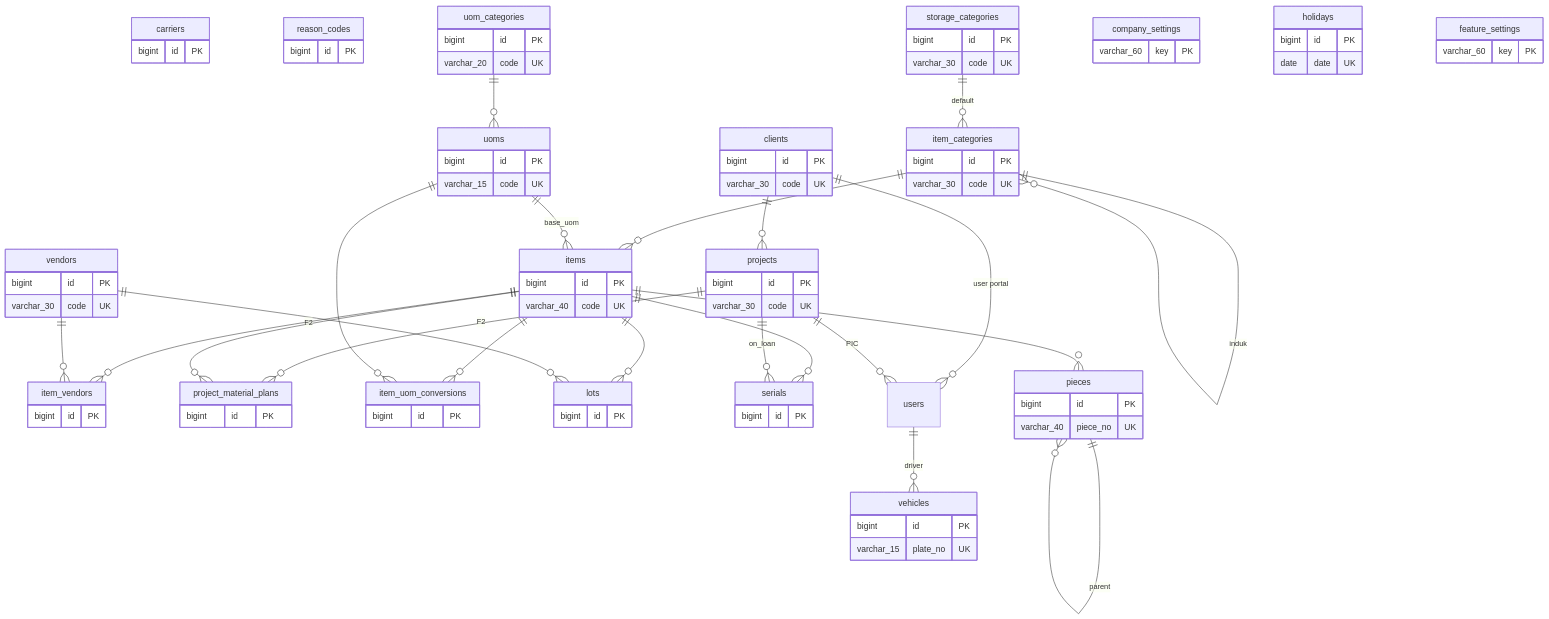
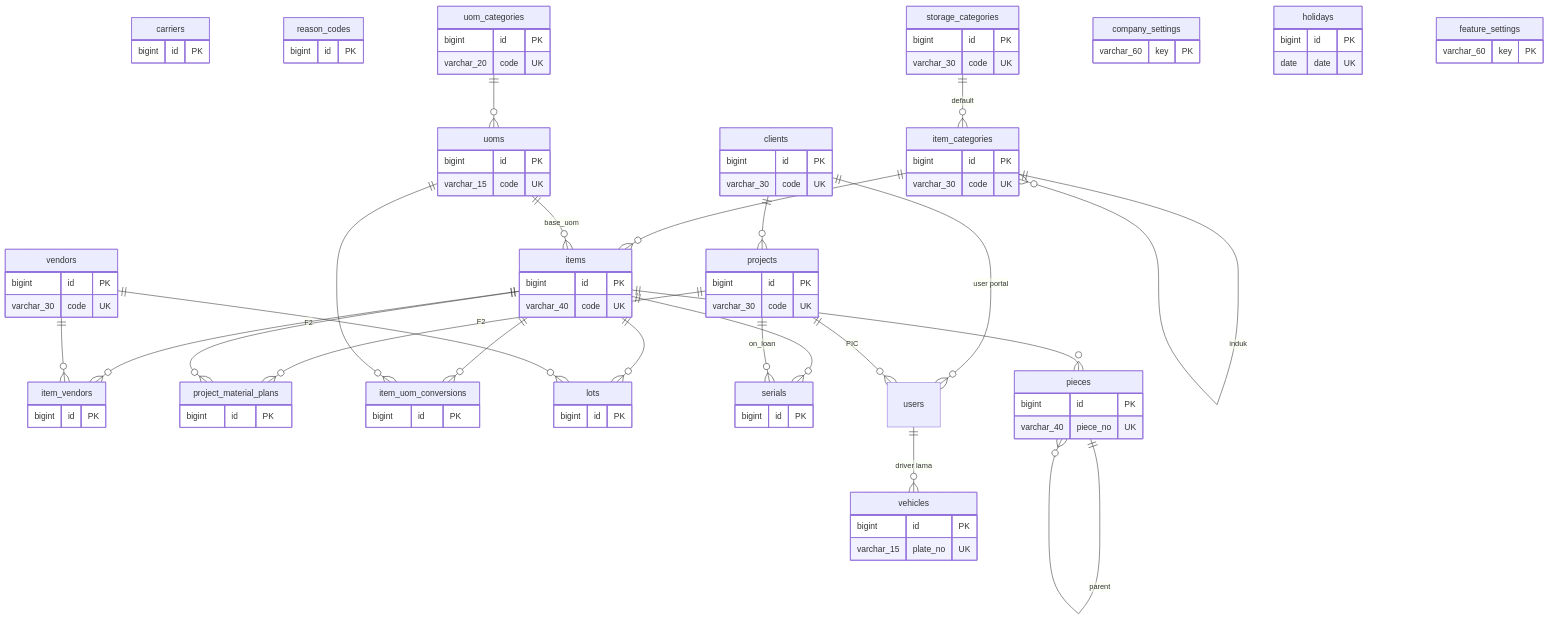
The third of 4 diagrams in docs/wms/08a-model-data-inti.md (HengkyDarmawan/wms), drawn with Mermaid before and after one commit. The commit also changed other lines of this file and 168 other files, not shown here.

```diff
--- a/docs/wms/08a-model-data-inti.md
+++ b/docs/wms/08a-model-data-inti.md
@@ -322,7 +322,7 @@
   pieces ||--o{ pieces : "parent"
   vendors ||--o{ lots : " "
   projects ||--o{ serials : "on_loan"
-  users ||--o{ vehicles : "driver"
+  users ||--o{ vehicles : "driver lama"
   items ||--o{ item_vendors : " "
   vendors ||--o{ item_vendors : " "
   projects ||--o{ project_material_plans : "F2"
```
